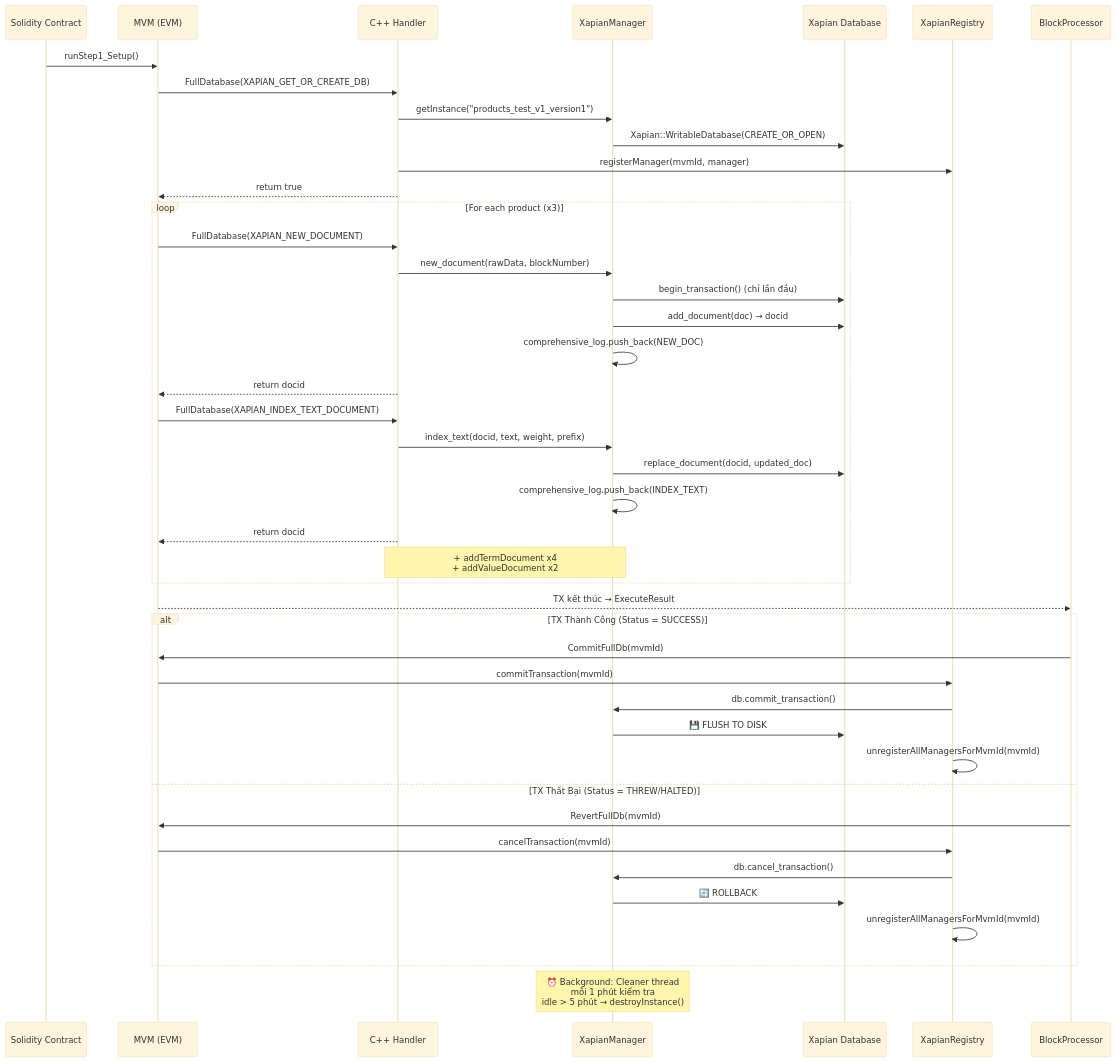
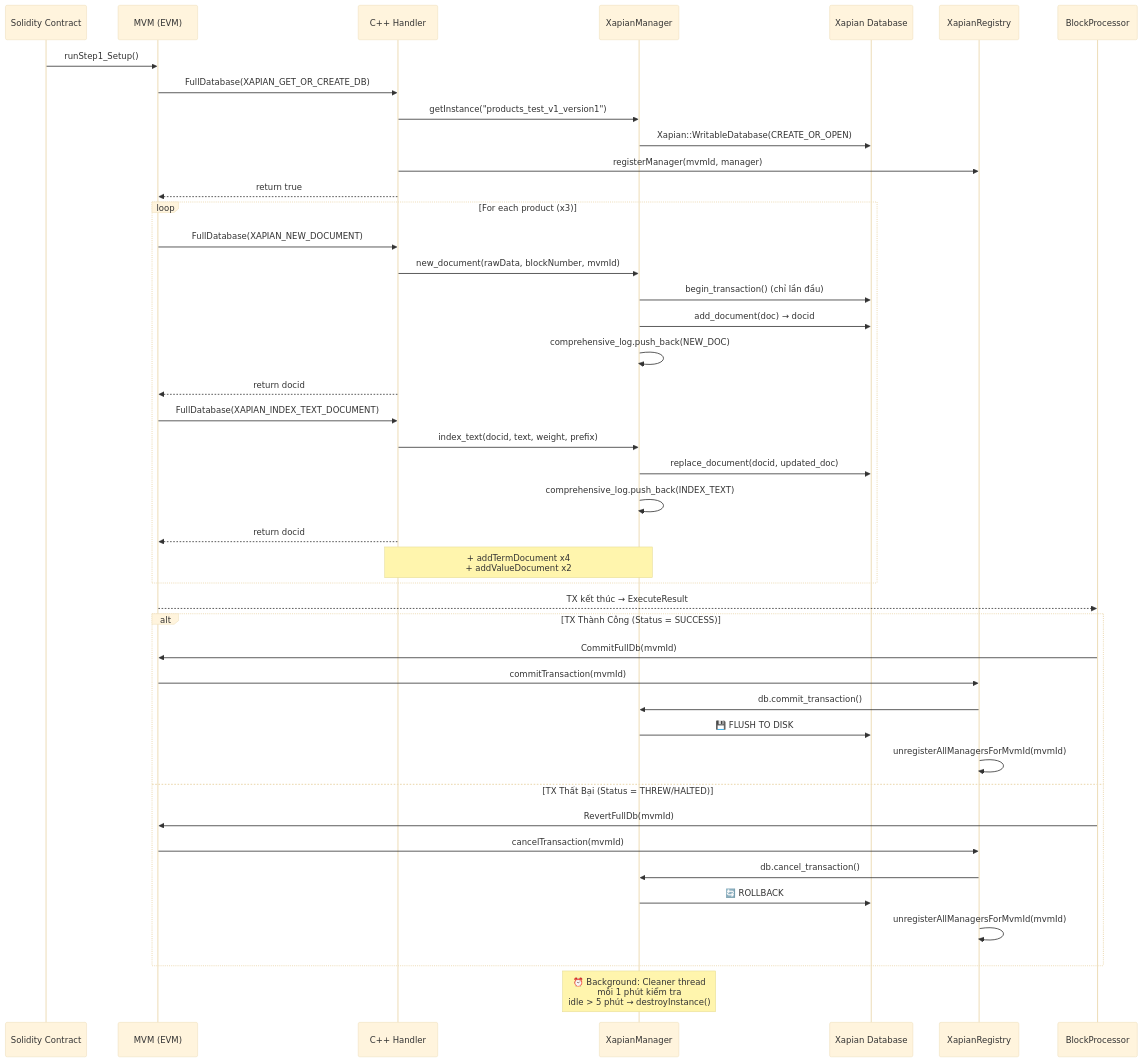
One commit to x3pi/metanode-suite changed the third of 3 diagrams in docs/xapian/xapian_lifecycle_walkthrough.md. Above: the diagram before and after it, drawn with Mermaid (base theme). The commit also changed other lines of this file, not shown here.

Commit message:
docs: update xapian lifecycle documentation to reflect mvmId implementation, fork-safety measures, and performance optimizations

````diff
--- a/docs/xapian/xapian_lifecycle_walkthrough.md
+++ b/docs/xapian/xapian_lifecycle_walkthrough.md
@@ -416,52 +471,52 @@
 ```mermaid
 sequenceDiagram
     participant SC as Solidity Contract
     participant EVM as MVM (EVM)
     participant FFI as C++ Handler
     participant XM as XapianManager
     participant XDB as Xapian Database
     participant REG as XapianRegistry
     participant BP as BlockProcessor
     
     SC->>EVM: runStep1_Setup()
     EVM->>FFI: FullDatabase(XAPIAN_GET_OR_CREATE_DB)
     FFI->>XM: getInstance("products_test_v1_version1")
     XM->>XDB: Xapian::WritableDatabase(CREATE_OR_OPEN)
     FFI->>REG: registerManager(mvmId, manager)
     FFI-->>EVM: return true
     
     loop For each product (x3)
         EVM->>FFI: FullDatabase(XAPIAN_NEW_DOCUMENT)
-        FFI->>XM: new_document(rawData, blockNumber)
+        FFI->>XM: new_document(rawData, blockNumber, mvmId)
         XM->>XDB: begin_transaction() (chỉ lần đầu)
         XM->>XDB: add_document(doc) → docid
         XM->>XM: comprehensive_log.push_back(NEW_DOC)
         FFI-->>EVM: return docid
         
         EVM->>FFI: FullDatabase(XAPIAN_INDEX_TEXT_DOCUMENT)
         FFI->>XM: index_text(docid, text, weight, prefix)
         XM->>XDB: replace_document(docid, updated_doc)
         XM->>XM: comprehensive_log.push_back(INDEX_TEXT)
         FFI-->>EVM: return docid
         
         Note over FFI,XM: + addTermDocument x4<br/>+ addValueDocument x2
     end
     
     EVM-->>BP: TX kết thúc → ExecuteResult
     
     alt TX Thành Công (Status = SUCCESS)
         BP->>EVM: CommitFullDb(mvmId)
         EVM->>REG: commitTransaction(mvmId)
         REG->>XM: db.commit_transaction()
         XM->>XDB: 💾 FLUSH TO DISK
         REG->>REG: unregisterAllManagersForMvmId(mvmId)
     else TX Thất Bại (Status = THREW/HALTED)
         BP->>EVM: RevertFullDb(mvmId)
         EVM->>REG: cancelTransaction(mvmId)
         REG->>XM: db.cancel_transaction()
         XM->>XDB: 🔄 ROLLBACK
         REG->>REG: unregisterAllManagersForMvmId(mvmId)
     end
     
     Note over XM: ⏰ Background: Cleaner thread<br/>mỗi 1 phút kiểm tra<br/>idle > 5 phút → destroyInstance()
 ```
````
